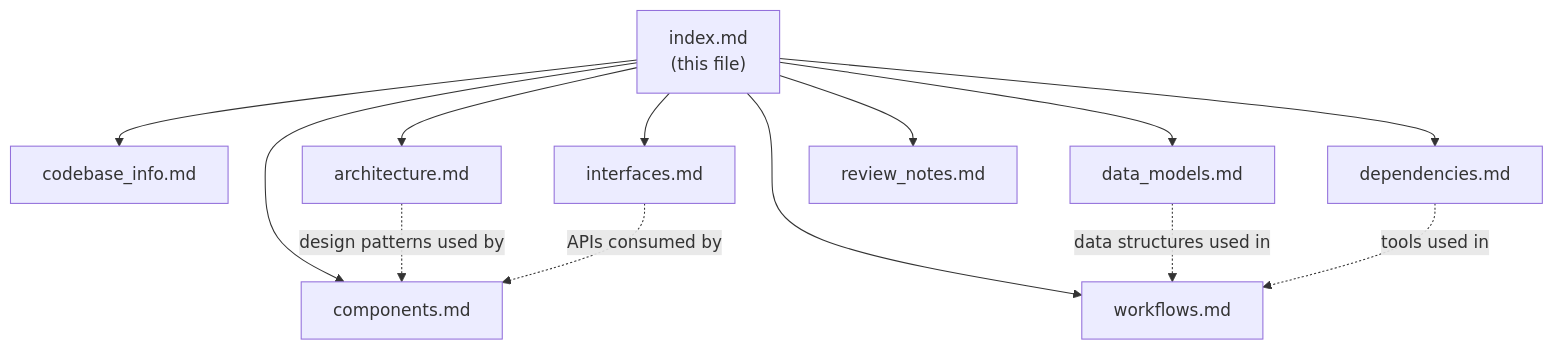
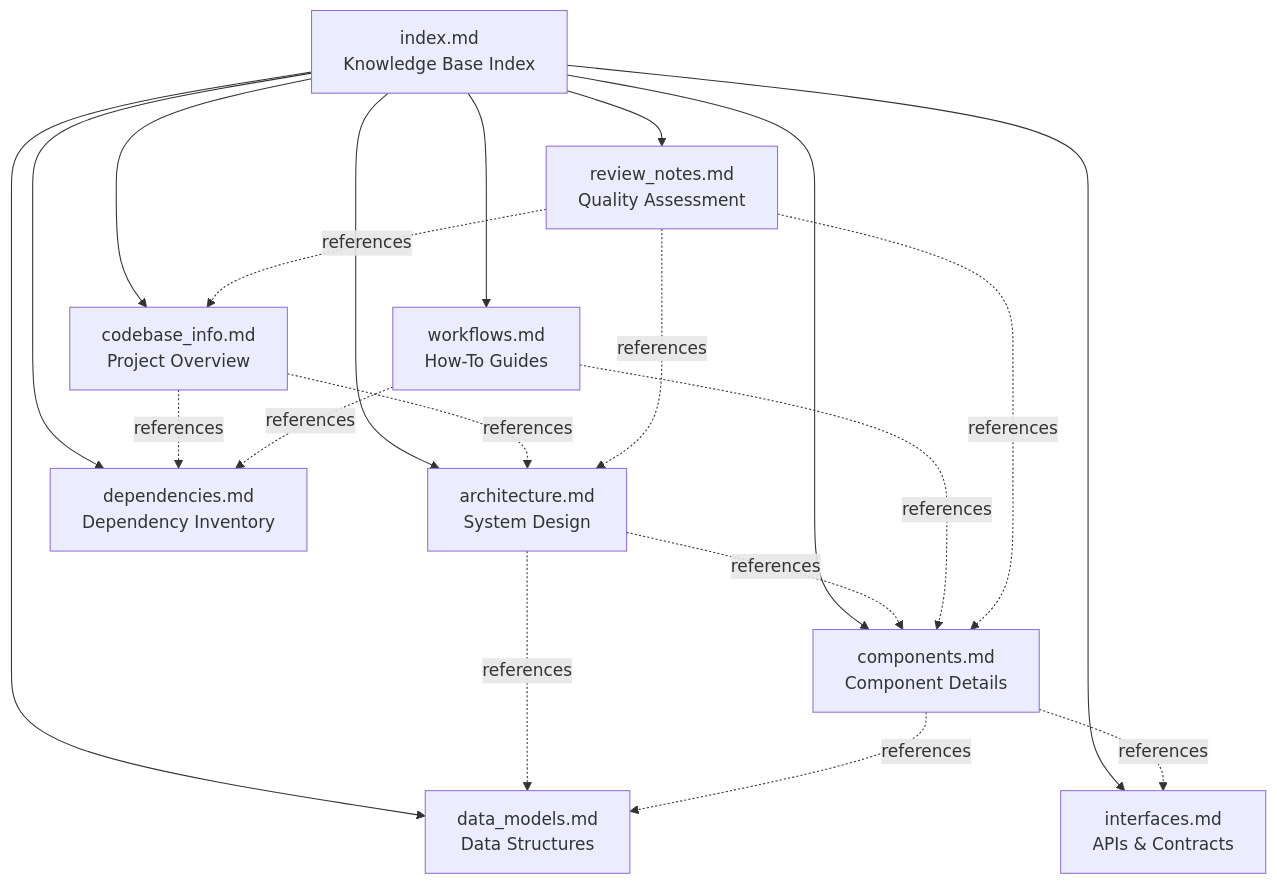
One commit to citosid/citosid.github.io changed the diagram in .sop/summary/index.md. Above: the diagram before and after it, drawn with Mermaid. The commit also changed other lines of this file and 9 other files, not shown here.

````diff
--- a/.sop/summary/index.md
+++ b/.sop/summary/index.md
@@ -76,16 +378,37 @@
 ```mermaid
-graph TD
-    INDEX["index.md<br/>(this file)"] --> CI[codebase_info.md]
-    INDEX --> ARCH[architecture.md]
-    INDEX --> COMP[components.md]
-    INDEX --> INT[interfaces.md]
-    INDEX --> DM[data_models.md]
-    INDEX --> WF[workflows.md]
-    INDEX --> DEP[dependencies.md]
-    INDEX --> RN[review_notes.md]
-
-    ARCH -.->|"design patterns used by"| COMP
-    INT -.->|"APIs consumed by"| COMP
-    DM -.->|"data structures used in"| WF
-    DEP -.->|"tools used in"| WF
+graph TB
+    INDEX[index.md<br/>Knowledge Base Index]
+    INFO[codebase_info.md<br/>Project Overview]
+    ARCH[architecture.md<br/>System Design]
+    COMP[components.md<br/>Component Details]
+    INTER[interfaces.md<br/>APIs & Contracts]
+    DATA[data_models.md<br/>Data Structures]
+    WORK[workflows.md<br/>How-To Guides]
+    DEPS[dependencies.md<br/>Dependency Inventory]
+    REVIEW[review_notes.md<br/>Quality Assessment]
+    
+    INDEX --> INFO
+    INDEX --> ARCH
+    INDEX --> COMP
+    INDEX --> INTER
+    INDEX --> DATA
+    INDEX --> WORK
+    INDEX --> DEPS
+    INDEX --> REVIEW
+    
+    INFO -.references.-> ARCH
+    INFO -.references.-> DEPS
+    
+    ARCH -.references.-> COMP
+    ARCH -.references.-> DATA
+    
+    COMP -.references.-> INTER
+    COMP -.references.-> DATA
+    
+    WORK -.references.-> COMP
+    WORK -.references.-> DEPS
+    
+    REVIEW -.references.-> INFO
+    REVIEW -.references.-> ARCH
+    REVIEW -.references.-> COMP
 ```
````
